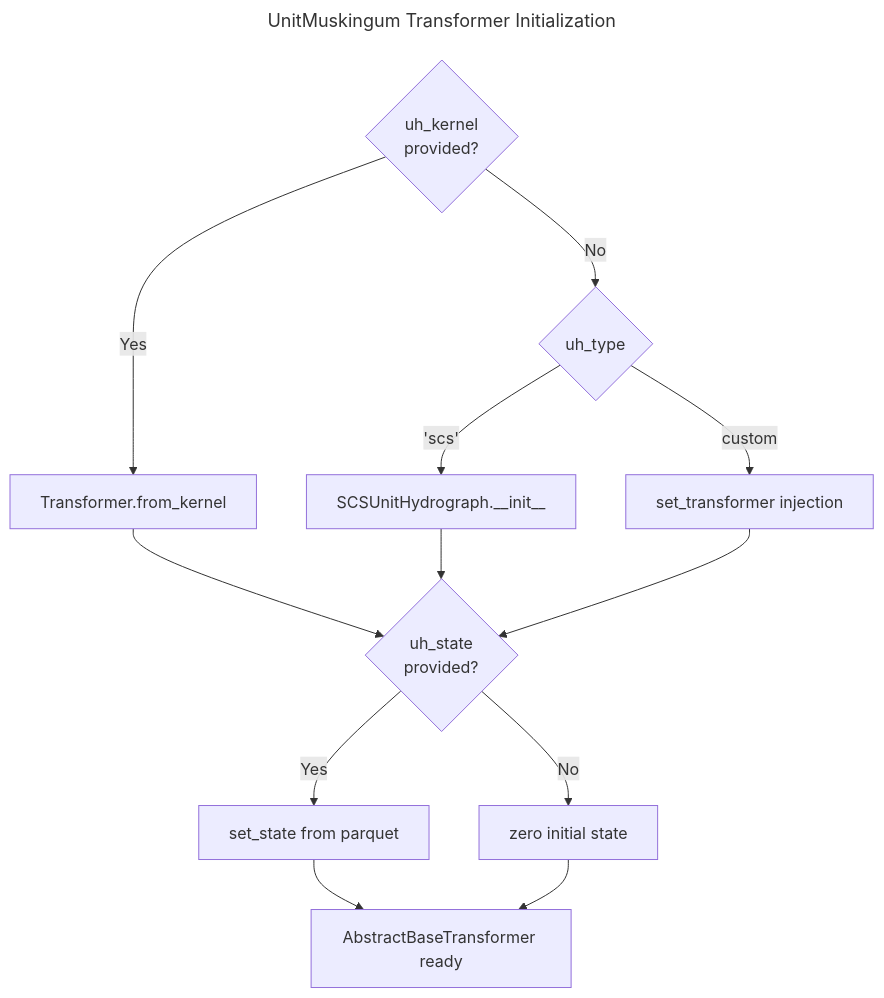
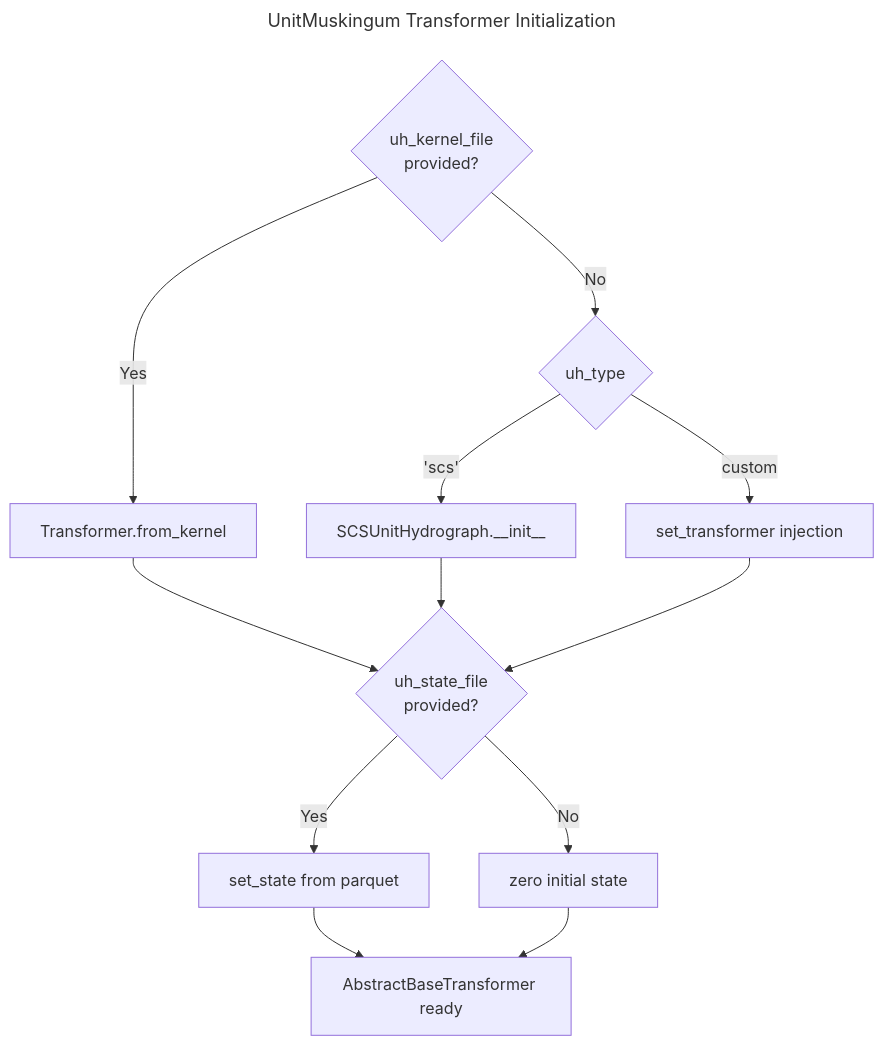
One commit to rileyhales/river-route changed the second of 3 diagrams in docs/index.md. Above: the diagram before and after it, drawn with Mermaid. The commit also changed 16 other files, not shown here.

````diff
--- a/docs/index.md
+++ b/docs/index.md
@@ -91,16 +91,16 @@
 ```mermaid
 ---
 title: UnitMuskingum Transformer Initialization
 ---
 graph TD
-    A{uh_kernel\nprovided?} -->|Yes| B[Transformer.from_kernel]
+    A{uh_kernel_file\nprovided?} -->|Yes| B[Transformer.from_kernel]
     A -->|No| C{uh_type}
     C -->|'scs'| D[SCSUnitHydrograph.__init__]
     C -->|custom| E[set_transformer injection]
-    B --> F{uh_state\nprovided?}
+    B --> F{uh_state_file\nprovided?}
     D --> F
     E --> F
     F -->|Yes| G[set_state from parquet]
     F -->|No| H[zero initial state]
     G & H --> I[AbstractBaseTransformer ready]
 ```
````
